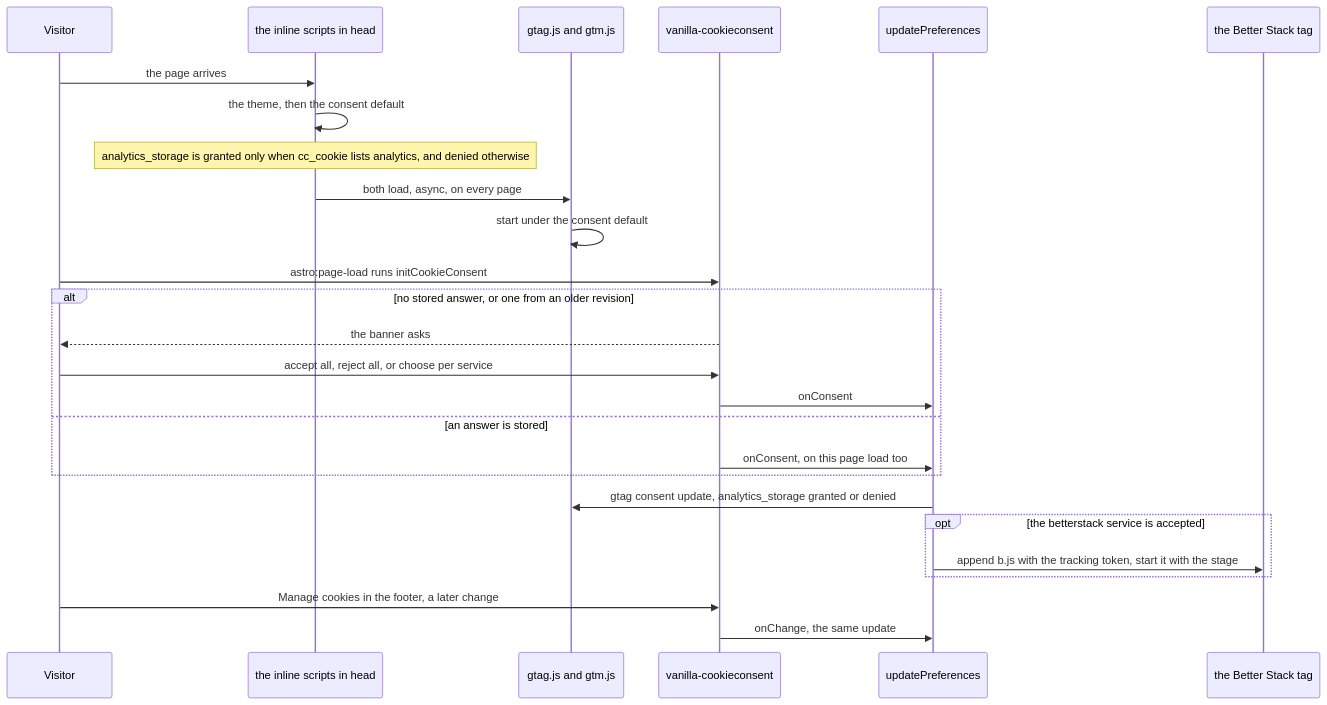
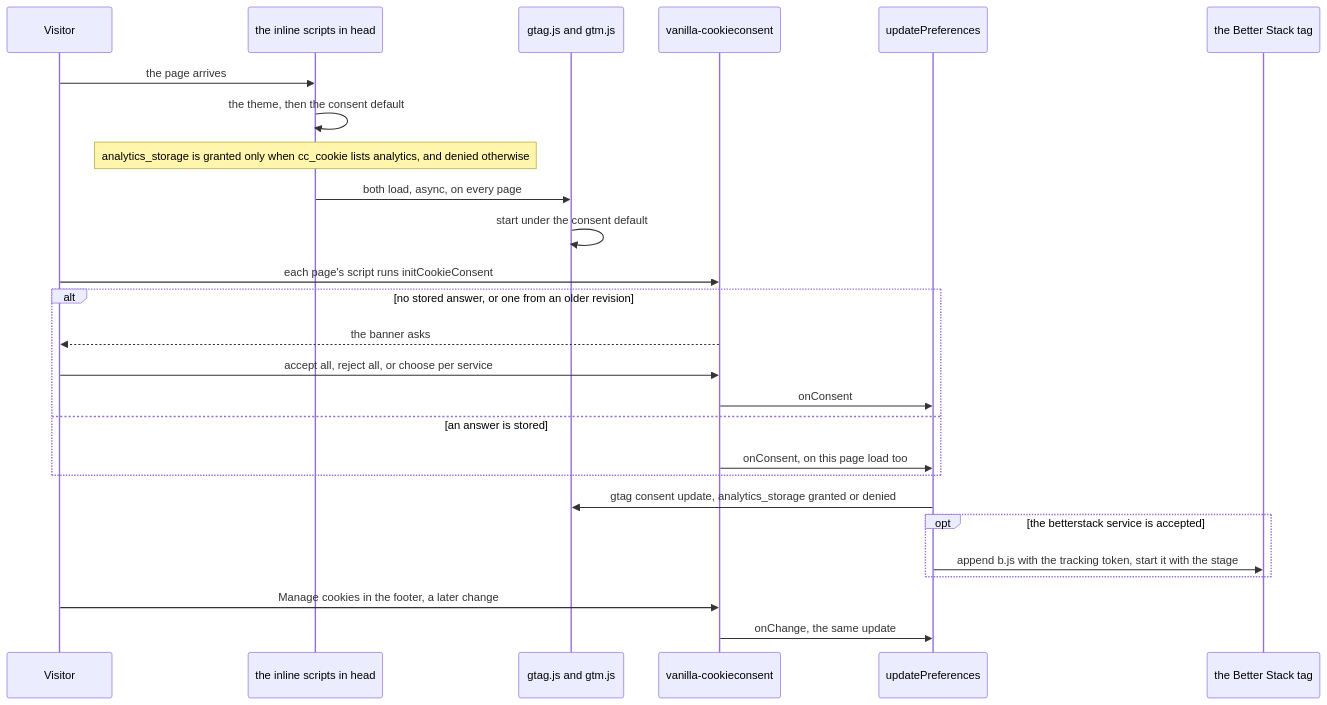
The diagram in docs/wiki/Consent-and-Analytics.md (fbuireu/biancafiore), drawn with Mermaid before and after one commit. The commit also changed other lines of this file and 32 other files, not shown here.

````diff
--- a/docs/wiki/Consent-and-Analytics.md
+++ b/docs/wiki/Consent-and-Analytics.md
@@ -11,33 +11,33 @@
 ```mermaid
 ---
 config:
   look: handDrawn
   layout: dagre
 ---
 sequenceDiagram
     participant Visitor
     participant Head as the inline scripts in head
     participant Google as gtag.js and gtm.js
     participant Banner as vanilla-cookieconsent
     participant Prefs as updatePreferences
     participant BetterStack as the Better Stack tag
     Visitor->>Head: the page arrives
     Head->>Head: the theme, then the consent default
     Note over Head: analytics_storage is granted only when cc_cookie lists analytics, and denied otherwise
     Head->>Google: both load, async, on every page
     Google->>Google: start under the consent default
-    Visitor->>Banner: astro:page-load runs initCookieConsent
+    Visitor->>Banner: each page's script runs initCookieConsent
     alt no stored answer, or one from an older revision
         Banner-->>Visitor: the banner asks
         Visitor->>Banner: accept all, reject all, or choose per service
         Banner->>Prefs: onConsent
     else an answer is stored
         Banner->>Prefs: onConsent, on this page load too
     end
     Prefs->>Google: gtag consent update, analytics_storage granted or denied
     opt the betterstack service is accepted
         Prefs->>BetterStack: append b.js with the tracking token, start it with the stage
     end
     Visitor->>Banner: Manage cookies in the footer, a later change
     Banner->>Prefs: onChange, the same update
 ```
````
